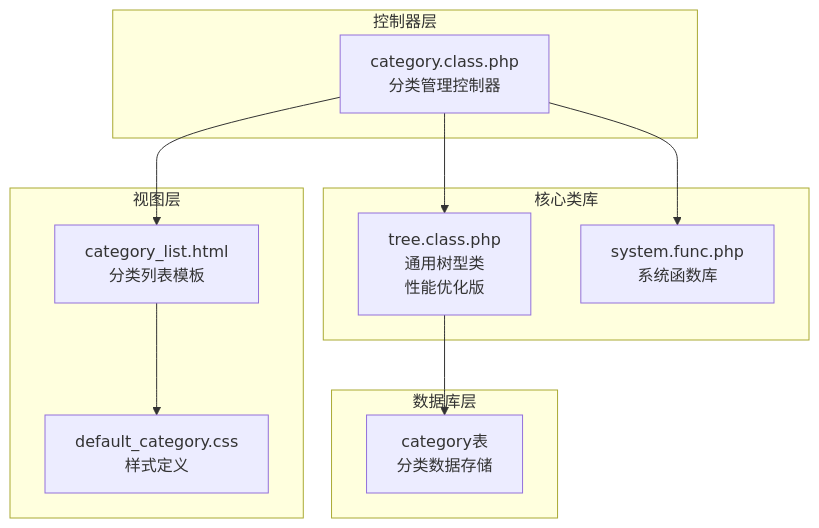
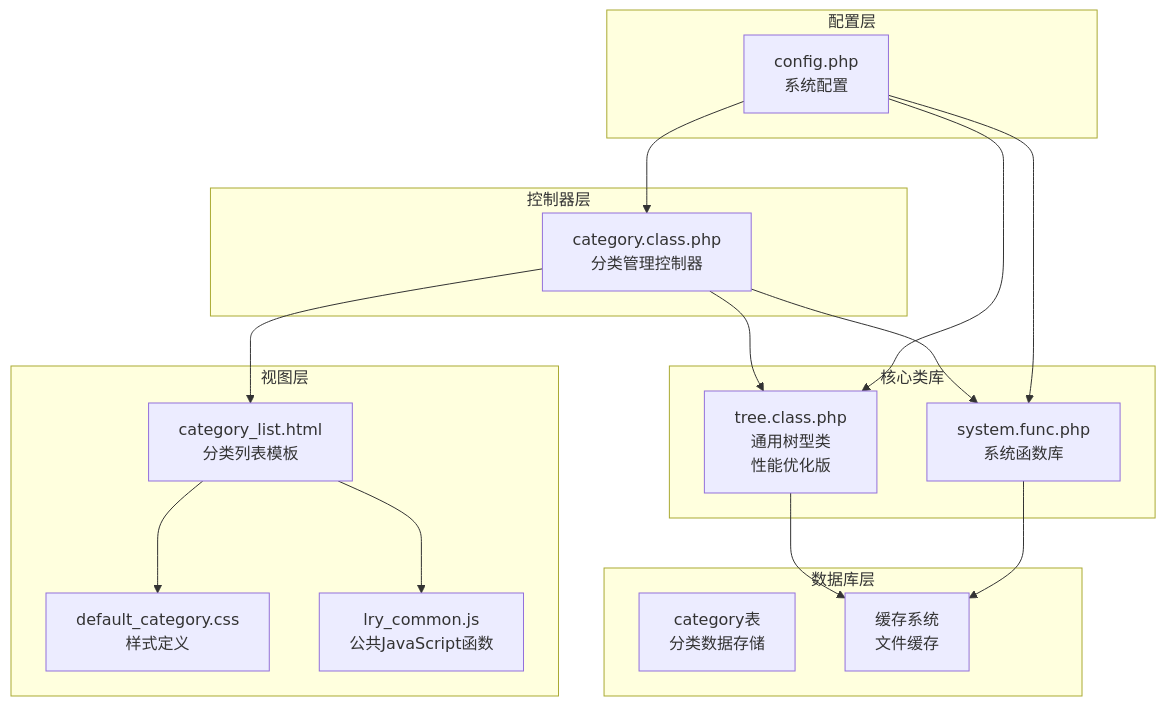
The first of 7 diagrams in .qoder/repowiki/zh/content/后台管理模块/分类管理/分类树形结构管理.md (lirongyaoper/lryblog.com), drawn with Mermaid before and after one commit. The commit also changed other lines of this file and 14 other files, not shown here.

````diff
--- a/.qoder/repowiki/zh/content/后台管理模块/分类管理/分类树形结构管理.md
+++ b/.qoder/repowiki/zh/content/后台管理模块/分类管理/分类树形结构管理.md
@@ -41,22 +43,32 @@
 ```mermaid
 graph TB
 subgraph "控制器层"
 A[category.class.php<br/>分类管理控制器]
 end
 subgraph "视图层"
 B[category_list.html<br/>分类列表模板]
 C[default_category.css<br/>样式定义]
+D[lry_common.js<br/>公共JavaScript函数]
 end
 subgraph "核心类库"
-D[tree.class.php<br/>通用树型类<br/>性能优化版]
-E[system.func.php<br/>系统函数库]
+E[tree.class.php<br/>通用树型类<br/>性能优化版]
+F[system.func.php<br/>系统函数库]
+end
+subgraph "配置层"
+G[config.php<br/>系统配置]
 end
 subgraph "数据库层"
-F[category表<br/>分类数据存储]
+H[category表<br/>分类数据存储]
+I[缓存系统<br/>文件缓存]
 end
 A --> B
-A --> D
 A --> E
-D --> F
+A --> F
 B --> C
+B --> D
+E --> I
+F --> I
+G --> A
+G --> E
+G --> F
 ```
````
